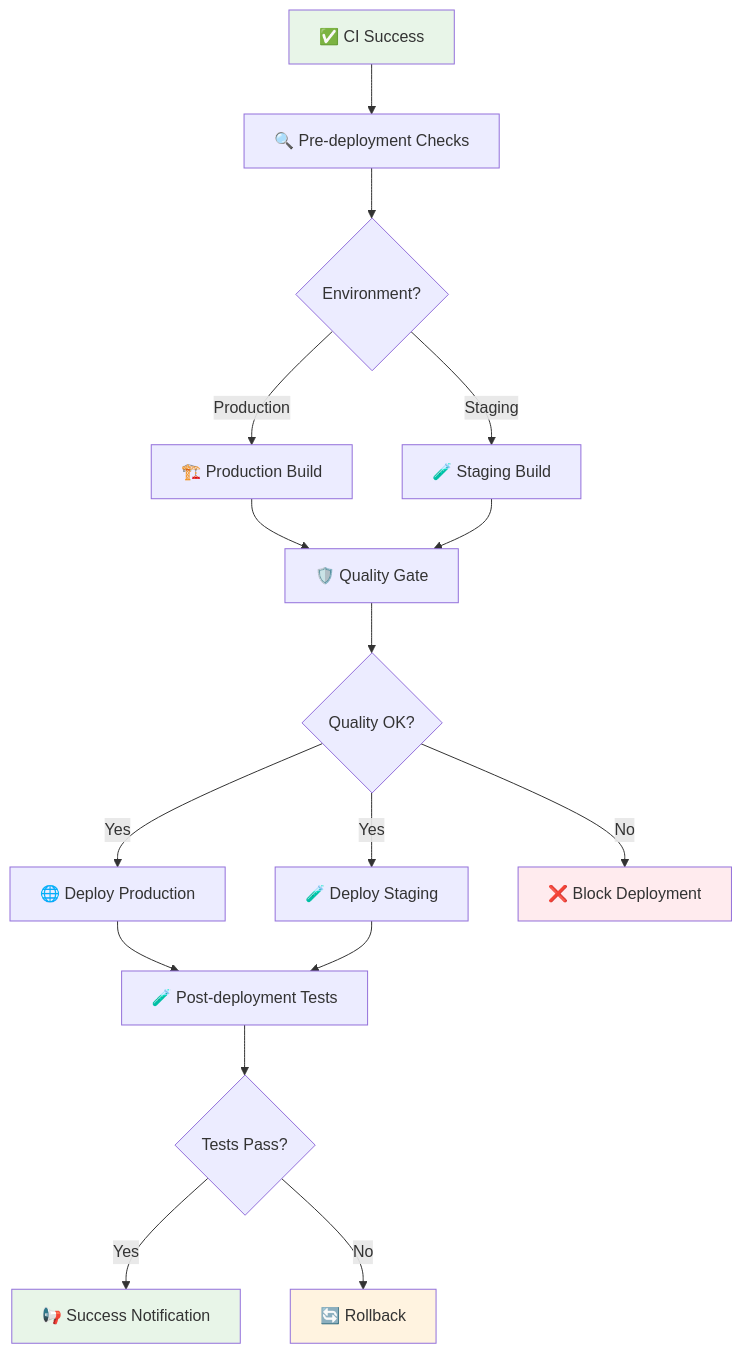
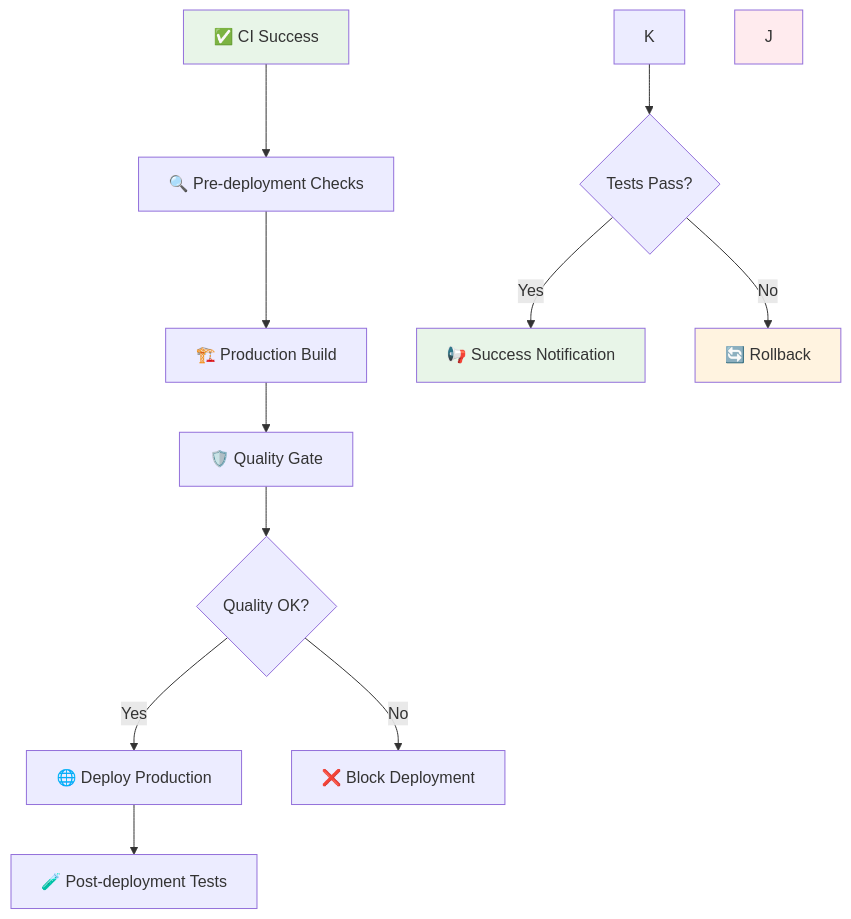
Before and after one commit to morbargig/iAgent: the first of 2 diagrams in docs/CD-GUIDE.md, drawn with Mermaid. The commit also changed other lines of this file and 45 other files, not shown here.

Commit message:
Update environment configuration: ignore sensitive .env files, remove staging environment, and enhance environment type definitions

````diff
--- a/docs/CD-GUIDE.md
+++ b/docs/CD-GUIDE.md
@@ -42,28 +42,23 @@
 ```mermaid
 graph TD
     A[✅ CI Success] --> B[🔍 Pre-deployment Checks]
     
-    B --> C{Environment?}
-    C -->|Production| D[🏗️ Production Build]
-    C -->|Staging| E[🧪 Staging Build]
+    B --> C[🏗️ Production Build]
     
-    D --> F[🛡️ Quality Gate]
-    E --> F
+    C --> D[🛡️ Quality Gate]
     
-    F --> G{Quality OK?}
-    G -->|Yes| H[🌐 Deploy Production]
-    G -->|Yes| I[🧪 Deploy Staging]
-    G -->|No| J[❌ Block Deployment]
+    D --> E{Quality OK?}
+    E -->|Yes| F[🌐 Deploy Production]
+    E -->|No| G[❌ Block Deployment]
     
-    H --> K[🧪 Post-deployment Tests]
-    I --> K
+    F --> H[🧪 Post-deployment Tests]
     
     K --> L{Tests Pass?}
     L -->|Yes| M[📢 Success Notification]
     L -->|No| N[🔄 Rollback]
     
     style A fill:#e8f5e8
     style M fill:#e8f5e8
     style J fill:#ffebee
     style N fill:#fff3e0
 ```
````
